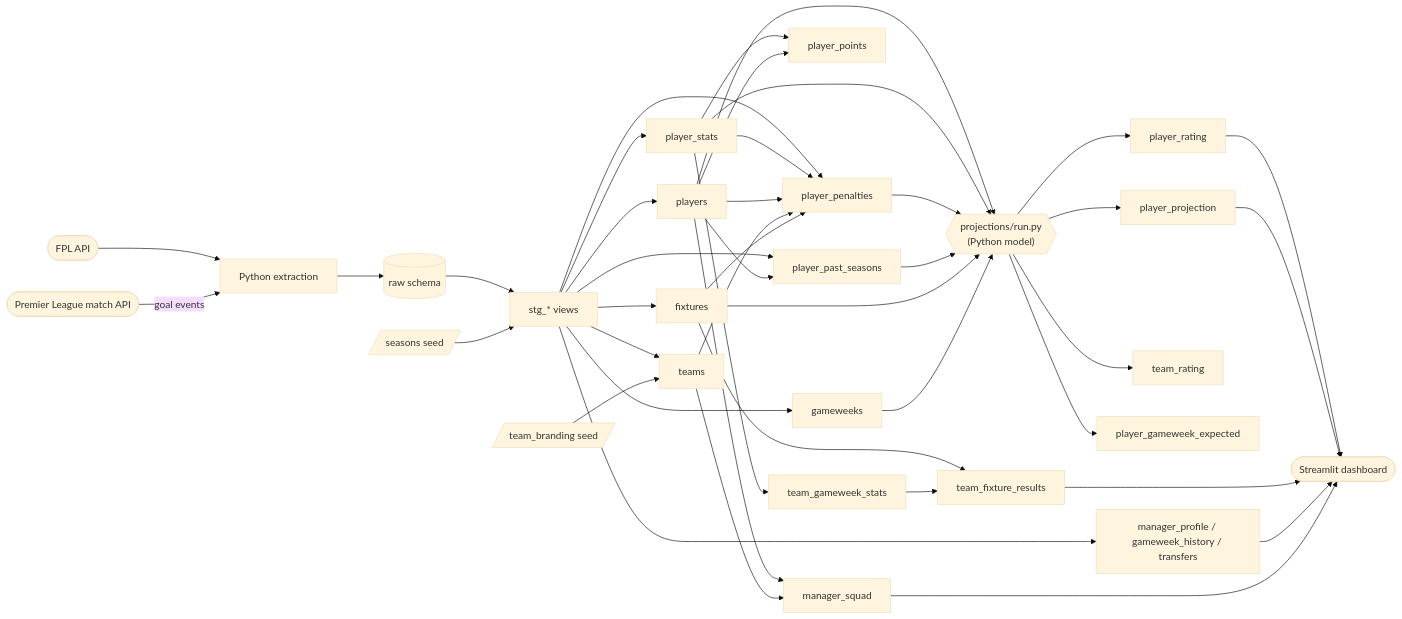
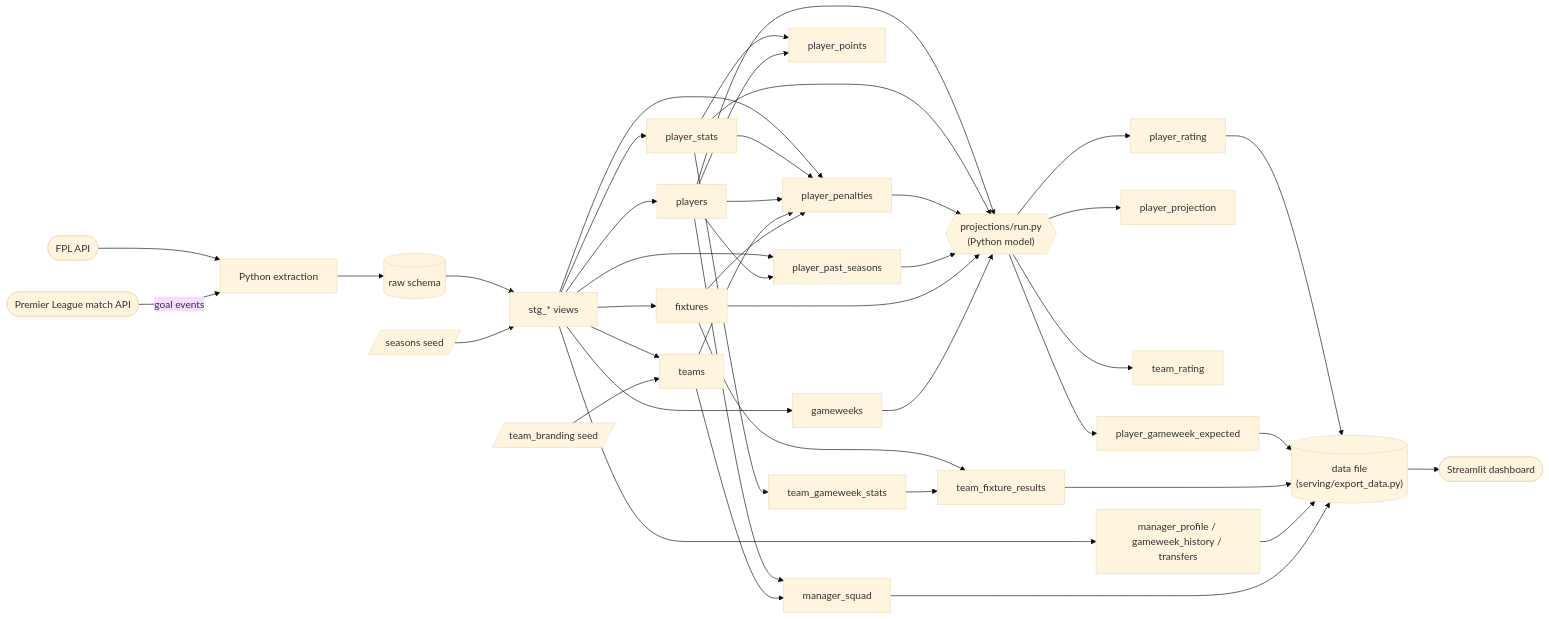
The first of 2 diagrams in docs/data_model.md (gw383/fpl-pipeline), drawn with Mermaid (base theme) before and after one commit. The commit also changed other lines of this file and 34 other files, not shown here.

Commit message:
Serve the dashboard from a data file

````diff
--- a/docs/data_model.md
+++ b/docs/data_model.md
@@ -13,31 +15,32 @@
 ```mermaid
 flowchart LR
     api([FPL API]) --> ingest[Python extraction]
     plapi([Premier League match API]) -->|goal events| ingest
     ingest --> raw[(raw schema)]
     raw --> stg[stg_* views]
     seasons[/seasons seed/] --> stg
 
     stg --> players & teams & gameweeks & fixtures & player_stats
     branding[/team_branding seed/] --> teams
 
     player_stats --> player_points
     players --> player_points
     player_stats --> team_gameweek_stats
     fixtures --> team_fixture_results
     team_gameweek_stats --> team_fixture_results
 
     stg --> player_penalties
     player_stats & players & teams & fixtures --> player_penalties
     stg --> player_past_seasons
     players --> player_past_seasons
 
     players & player_stats & player_penalties & player_past_seasons & fixtures & gameweeks --> model{{"projections/run.py<br/>(Python model)"}}
     model --> player_rating & player_projection & team_rating & player_gameweek_expected
 
     stg --> managers[manager_profile / gameweek_history / transfers]
     players --> manager_squad
     teams --> manager_squad
 
-    player_rating & player_projection & team_fixture_results & managers & manager_squad --> dash([Streamlit dashboard])
+    player_rating & player_gameweek_expected & team_fixture_results & managers & manager_squad --> file[("data file<br/>(serving/export_data.py)")]
+    file --> dash([Streamlit dashboard])
 ```
````
